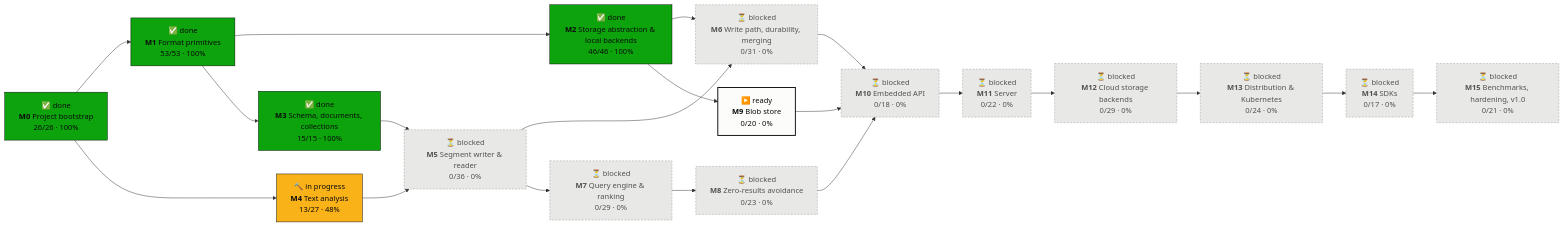
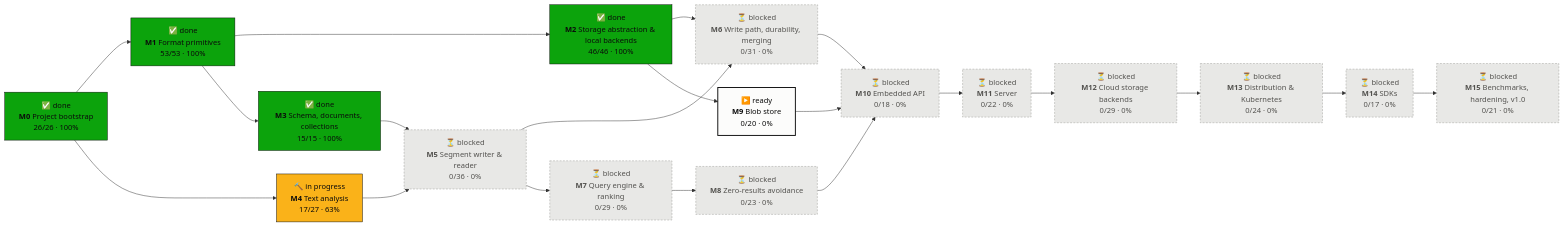
One commit to tomiok/persiaDB changed the first of 2 diagrams in PROGRESS.md. Above: the diagram before and after it, drawn with Mermaid. The commit also changed other lines of this file and 17 other files, not shown here.

First line of the commit message:
Stemmers: Snowball English (Porter2), Spanish, Portuguese (ROADMAP 4.3) (#18)

````diff
--- a/PROGRESS.md
+++ b/PROGRESS.md
@@ -14,42 +14,42 @@
 ```mermaid
 flowchart LR
   M0["✅ done<br/><b>M0</b> Project bootstrap<br/>26/26 · 100%"]:::done
   M1["✅ done<br/><b>M1</b> Format primitives<br/>53/53 · 100%"]:::done
   M2["✅ done<br/><b>M2</b> Storage abstraction & local backends<br/>46/46 · 100%"]:::done
   M3["✅ done<br/><b>M3</b> Schema, documents, collections<br/>15/15 · 100%"]:::done
-  M4["🔨 in progress<br/><b>M4</b> Text analysis<br/>13/27 · 48%"]:::doing
+  M4["🔨 in progress<br/><b>M4</b> Text analysis<br/>17/27 · 63%"]:::doing
   M5["⏳ blocked<br/><b>M5</b> Segment writer & reader<br/>0/36 · 0%"]:::blocked
   M6["⏳ blocked<br/><b>M6</b> Write path, durability, merging<br/>0/31 · 0%"]:::blocked
   M7["⏳ blocked<br/><b>M7</b> Query engine & ranking<br/>0/29 · 0%"]:::blocked
   M8["⏳ blocked<br/><b>M8</b> Zero-results avoidance<br/>0/23 · 0%"]:::blocked
   M9["▶️ ready<br/><b>M9</b> Blob store<br/>0/20 · 0%"]:::ready
   M10["⏳ blocked<br/><b>M10</b> Embedded API<br/>0/18 · 0%"]:::blocked
   M11["⏳ blocked<br/><b>M11</b> Server<br/>0/22 · 0%"]:::blocked
   M12["⏳ blocked<br/><b>M12</b> Cloud storage backends<br/>0/29 · 0%"]:::blocked
   M13["⏳ blocked<br/><b>M13</b> Distribution & Kubernetes<br/>0/24 · 0%"]:::blocked
   M14["⏳ blocked<br/><b>M14</b> SDKs<br/>0/17 · 0%"]:::blocked
   M15["⏳ blocked<br/><b>M15</b> Benchmarks, hardening, v1.0<br/>0/21 · 0%"]:::blocked
   M0 --> M1
   M1 --> M2
   M1 --> M3
   M0 --> M4
   M3 --> M5
   M4 --> M5
   M2 --> M6
   M5 --> M6
   M5 --> M7
   M7 --> M8
   M2 --> M9
   M6 --> M10
   M8 --> M10
   M9 --> M10
   M10 --> M11
   M11 --> M12
   M12 --> M13
   M13 --> M14
   M14 --> M15
   classDef done fill:#0ca30c,stroke:#0b0b0b,color:#0b0b0b
   classDef doing fill:#fab219,stroke:#0b0b0b,color:#0b0b0b
   classDef ready fill:#fcfcfb,stroke:#0b0b0b,stroke-width:2px,color:#0b0b0b
   classDef blocked fill:#e8e8e6,stroke:#9a9a96,stroke-dasharray:4 3,color:#52514e
 ```
````
